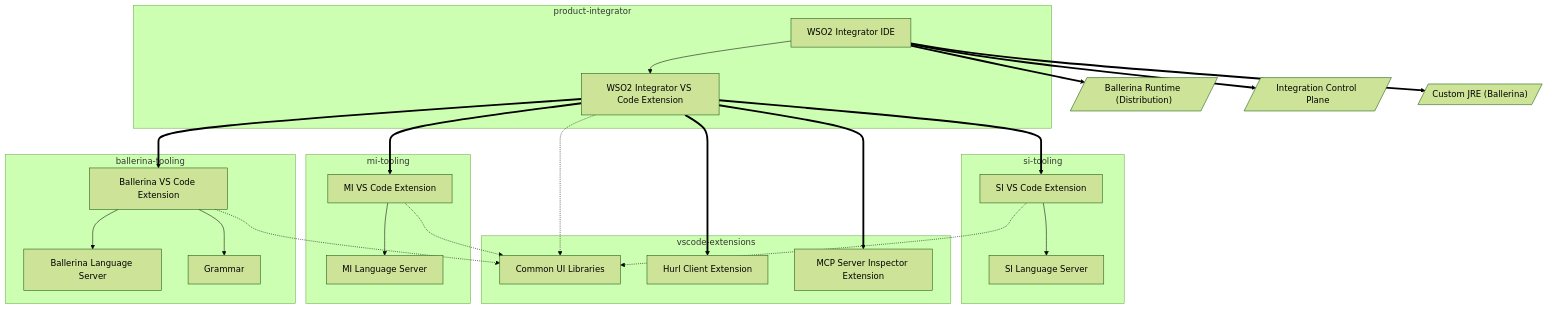
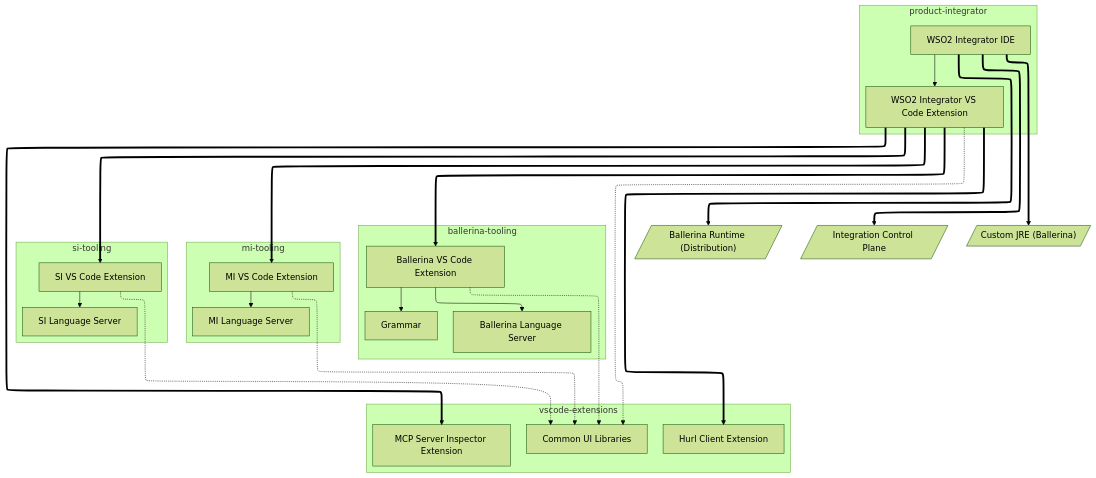
One commit to NipunaRanasinghe/wso2i-process-guides changed the diagram in docs/component-architecture.md. Above: the diagram before and after it, drawn with Mermaid (forest theme). The commit also changed 1 other file, not shown here.

Commit message:
Enhance CI/CD and component architecture documentation with improved Mermaid diagram clarity and structure

````diff
--- a/docs/component-architecture.md
+++ b/docs/component-architecture.md
@@ -42,53 +42,65 @@
 ```mermaid
+%%{init: {"layout": "elk"}}%%
 graph TB
     subgraph VSC["vscode-extensions"]
+        class VSC vsc;
         UIT["Common UI Libraries"]
         HC["Hurl Client Extension"]
         MCP["MCP Server Inspector Extension"]
     end
 
     subgraph BALL["ballerina-tooling"]
+        class BALL ball;
         BT_LS["Ballerina Language Server"]
         BT_GR["Grammar"]
         BT_EX["Ballerina VS Code Extension"]
         BT_EX --> BT_LS
         BT_EX --> BT_GR
     end
 
     subgraph MI["mi-tooling"]
+        class MI mi;
         MI_LS["MI Language Server"]
         MI_EX["MI VS Code Extension"]
         MI_EX --> MI_LS
     end
 
     subgraph SI["si-tooling"]
+        class SI si;
         SI_LS["SI Language Server"]
         SI_EX["SI VS Code Extension"]
         SI_EX --> SI_LS
     end
 
     subgraph PROD["product-integrator"]
+        class PROD prod;
         PI_EX["WSO2 Integrator VS Code Extension"]
         PI_IDE["WSO2 Integrator IDE"]
         PI_IDE --> PI_EX
     end
 
     BALL_RT[/"Ballerina Runtime (Distribution)"/]
     ICP_EXT[/"Integration Control Plane"/]
     JRE_EXT[/"Custom JRE (Ballerina)"/]
 
     BT_EX -.-> UIT
     MI_EX -.-> UIT
     SI_EX -.-> UIT
     PI_EX -.-> UIT
 
     PI_EX ==> BT_EX
     PI_EX ==> MI_EX
     PI_EX ==> SI_EX
     PI_EX ==> HC
     PI_EX ==> MCP
 
     PI_IDE ==> BALL_RT
     PI_IDE ==> ICP_EXT
     PI_IDE ==> JRE_EXT
+
+    classDef vsc stroke:#818cf8,fill:#eef2ff;
+    classDef ball stroke:#4ade80,fill:#f0fdf4;
+    classDef mi stroke:#38bdf8,fill:#f0f9ff;
+    classDef si stroke:#facc15,fill:#fefce8;
+    classDef prod stroke:#fb923c,fill:#fff7ed;
 ```
````
